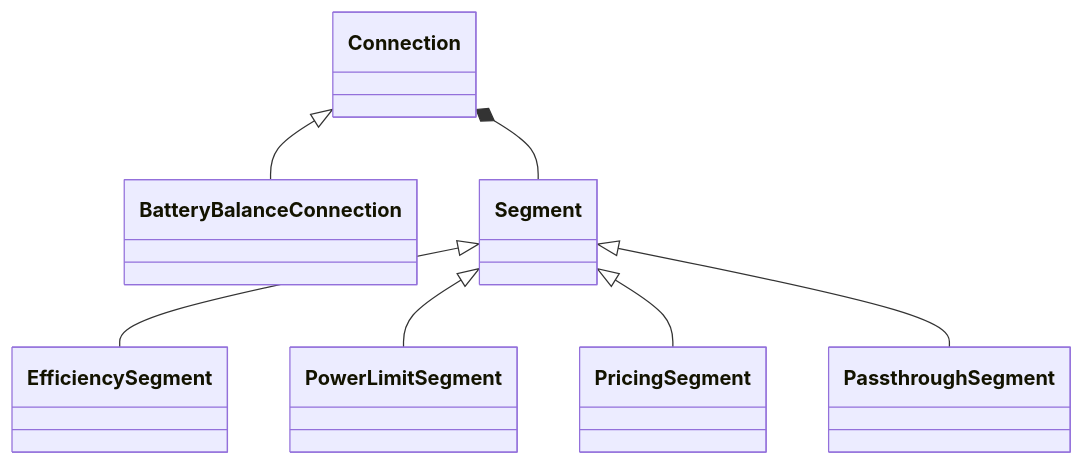
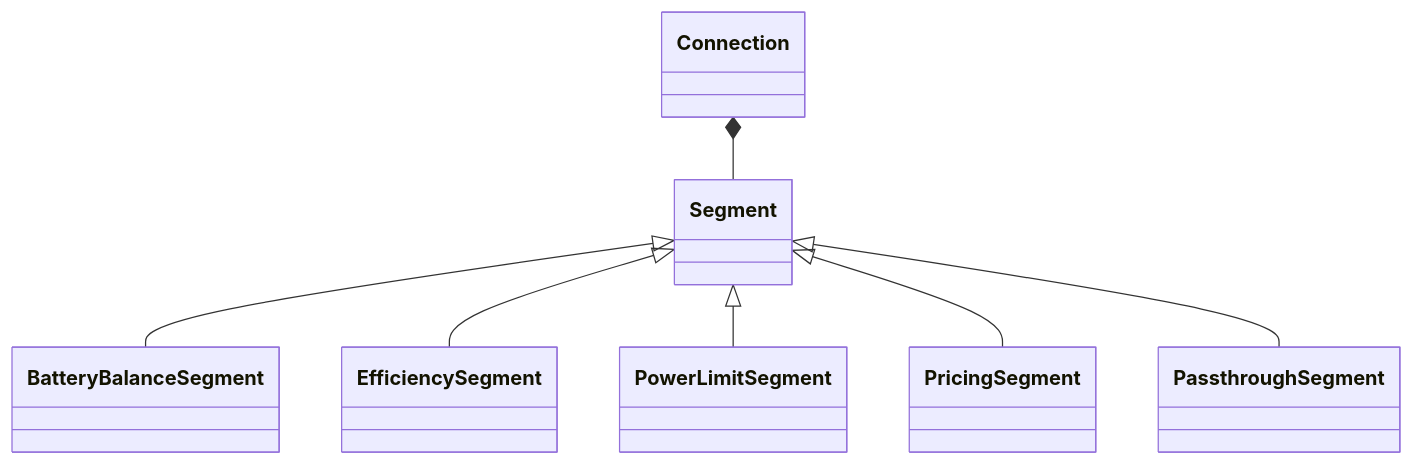
One commit to hass-energy/haeo changed the diagram in docs/modeling/model-layer/connections/index.md. Above: the diagram before and after it, drawn with Mermaid. The commit also changed other lines of this file and 5 other files, not shown here.

First line of the commit message:
Update docs for balance segment outputs.

````diff
--- a/docs/modeling/model-layer/connections/index.md
+++ b/docs/modeling/model-layer/connections/index.md
@@ -11,9 +11,9 @@
 ```mermaid
 classDiagram
-    Connection <|-- BatteryBalanceConnection
     Connection *-- Segment
+    Segment <|-- BatteryBalanceSegment
     Segment <|-- EfficiencySegment
     Segment <|-- PowerLimitSegment
     Segment <|-- PricingSegment
     Segment <|-- PassthroughSegment
 ```
````
